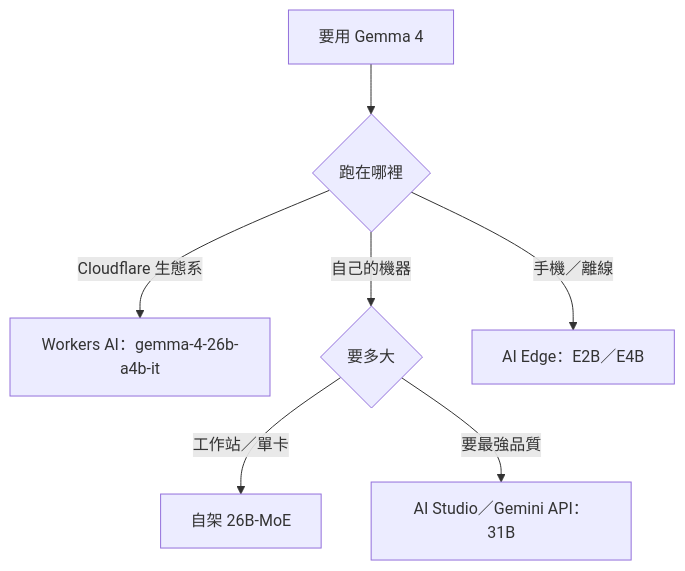
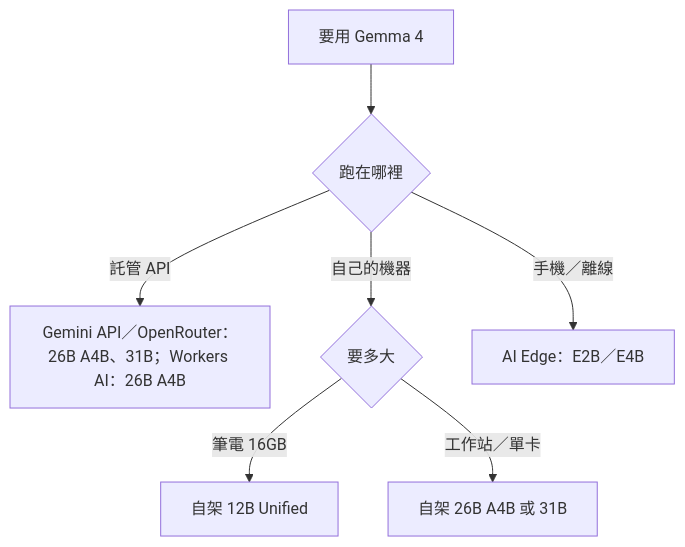
Before and after one commit to vincentxuu/quidproquo: the diagram in src/content/posts/tech/2026-09-19-ai-model-family-gemma.md, drawn with Mermaid. The commit also changed other lines of this file and 21 other files, not shown here.

````diff
--- a/src/content/posts/tech/2026-09-19-ai-model-family-gemma.md
+++ b/src/content/posts/tech/2026-09-19-ai-model-family-gemma.md
@@ -110,9 +136,9 @@
 ```mermaid
 flowchart TD
     A[要用 Gemma 4] --> B{跑在哪裡}
-    B -->|Cloudflare 生態系| C[Workers AI：gemma-4-26b-a4b-it]
+    B -->|託管 API| C[Gemini API／OpenRouter：26B A4B、31B；Workers AI：26B A4B]
     B -->|自己的機器| D{要多大}
     B -->|手機／離線| E[AI Edge：E2B／E4B]
-    D -->|工作站／單卡| F[自架 26B-MoE]
-    D -->|要最強品質| G[AI Studio／Gemini API：31B]
+    D -->|筆電 16GB| H[自架 12B Unified]
+    D -->|工作站／單卡| F[自架 26B A4B 或 31B]
 ```
````
